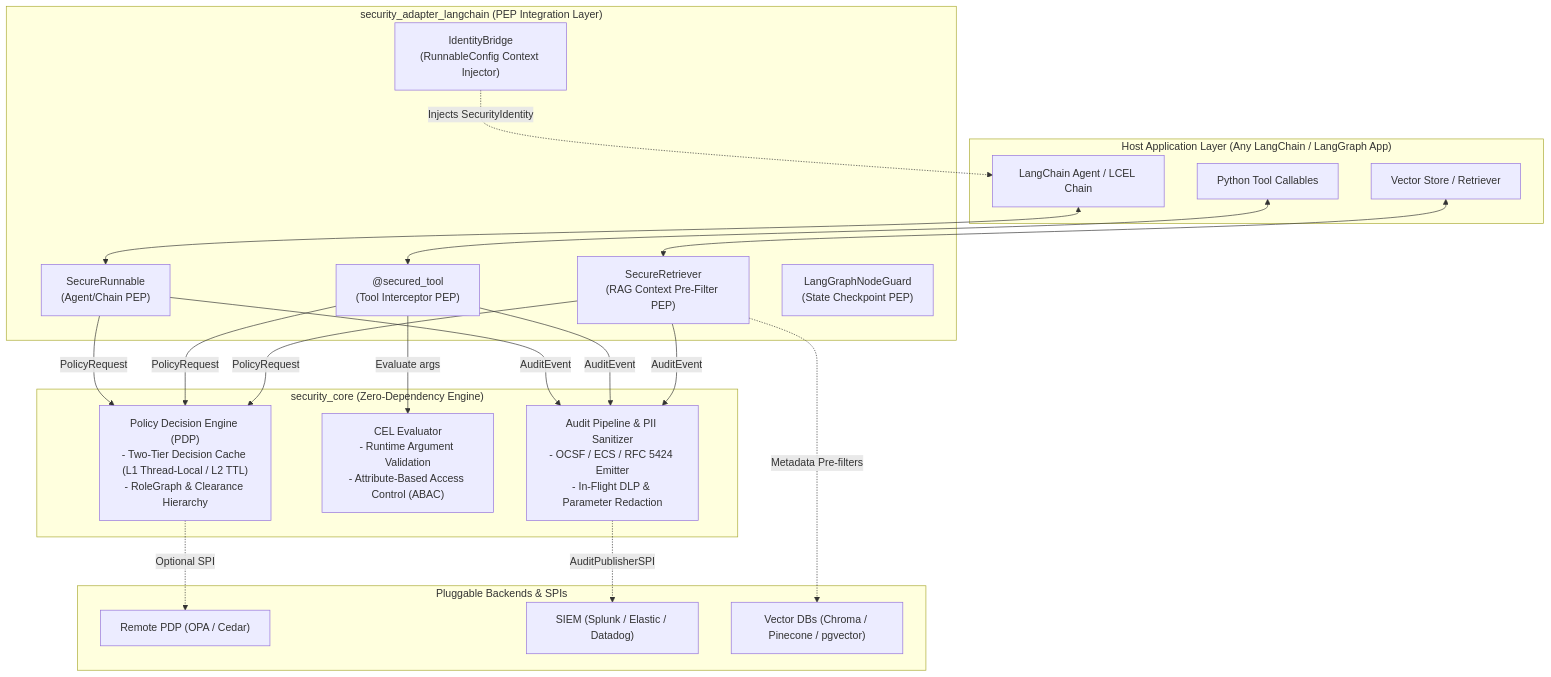
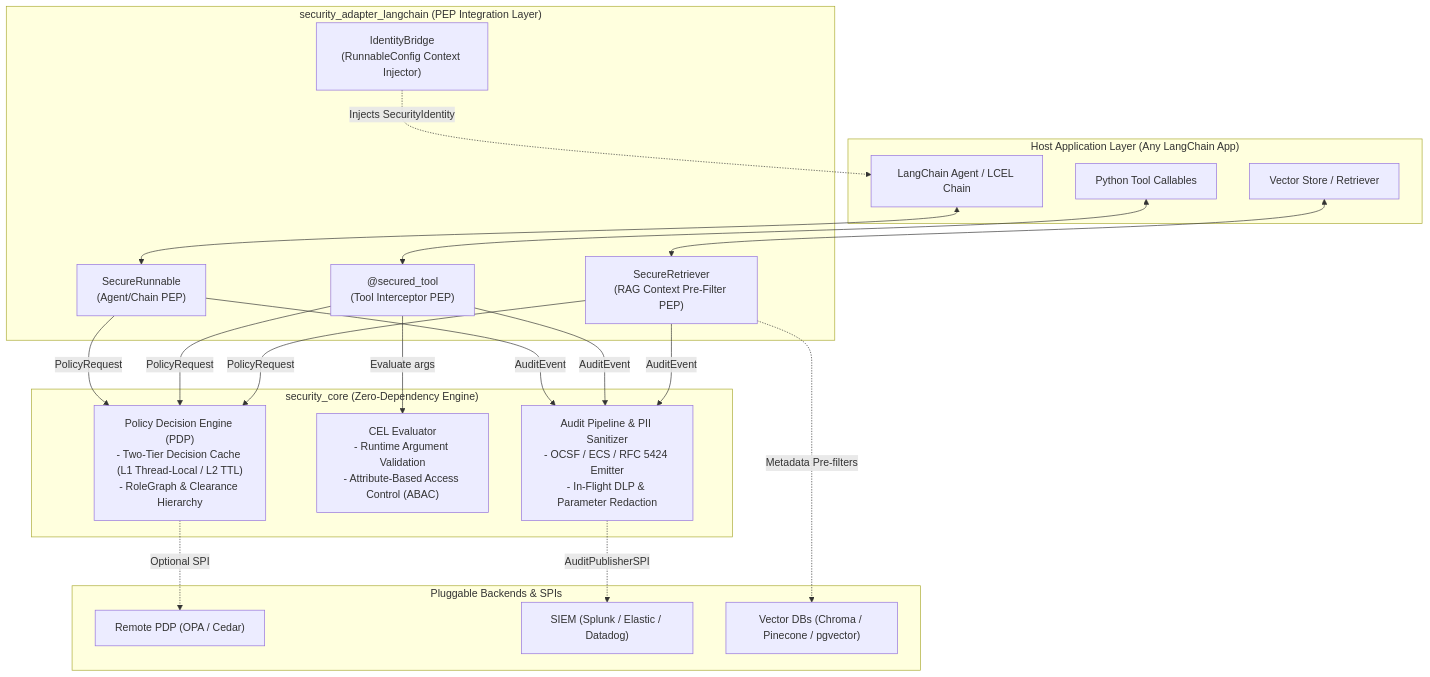
One commit to prashantdev/langchain-security-extension changed the first of 2 diagrams in README.md. Above: the diagram before and after it, drawn with Mermaid. The commit also changed other lines of this file and 4 other files, not shown here.

````diff
--- a/README.md
+++ b/README.md
@@ -172,41 +172,40 @@
 ```mermaid
 flowchart TB
-    subgraph HostApp["Host Application Layer (Any LangChain / LangGraph App)"]
+    subgraph HostApp["Host Application Layer (Any LangChain App)"]
         Agent["LangChain Agent / LCEL Chain"]
         Tool["Python Tool Callables"]
         Retriever["Vector Store / Retriever"]
     end
 
     subgraph Adapters["security_adapter_langchain (PEP Integration Layer)"]
         SR["SecureRunnable\n(Agent/Chain PEP)"]
         ST["@secured_tool\n(Tool Interceptor PEP)"]
         SRET["SecureRetriever\n(RAG Context Pre-Filter PEP)"]
-        LG["LangGraphNodeGuard\n(State Checkpoint PEP)"]
         IB["IdentityBridge\n(RunnableConfig Context Injector)"]
     end
 
     subgraph Core["security_core (Zero-Dependency Engine)"]
         PDP["Policy Decision Engine (PDP)\n- Two-Tier Decision Cache (L1 Thread-Local / L2 TTL)\n- RoleGraph & Clearance Hierarchy"]
         CEL["CEL Evaluator\n- Runtime Argument Validation\n- Attribute-Based Access Control (ABAC)"]
         Audit["Audit Pipeline & PII Sanitizer\n- OCSF / ECS / RFC 5424 Emitter\n- In-Flight DLP & Parameter Redaction"]
     end
 
     subgraph External["Pluggable Backends & SPIs"]
         OPA["Remote PDP (OPA / Cedar)"]
         SIEM["SIEM (Splunk / Elastic / Datadog)"]
         VDB["Vector DBs (Chroma / Pinecone / pgvector)"]
     end
 
     Agent <--> SR
     Tool <--> ST
     Retriever <--> SRET
     IB -.->|"Injects SecurityIdentity"| Agent
 
     SR & ST & SRET -->|"PolicyRequest"| PDP
     ST -->|"Evaluate args"| CEL
     SR & ST & SRET -->|"AuditEvent"| Audit
 
     PDP -.->|"Optional SPI"| OPA
     Audit -.->|"AuditPublisherSPI"| SIEM
     SRET -.->|"Metadata Pre-filters"| VDB
 ```
````
